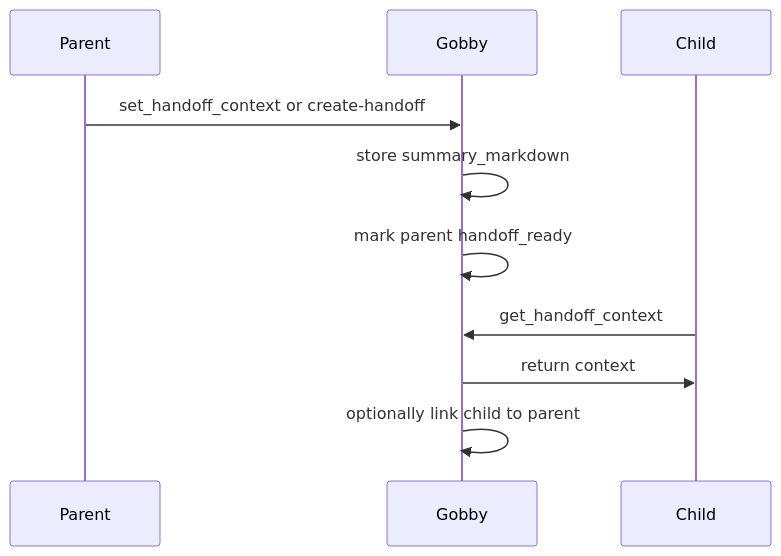
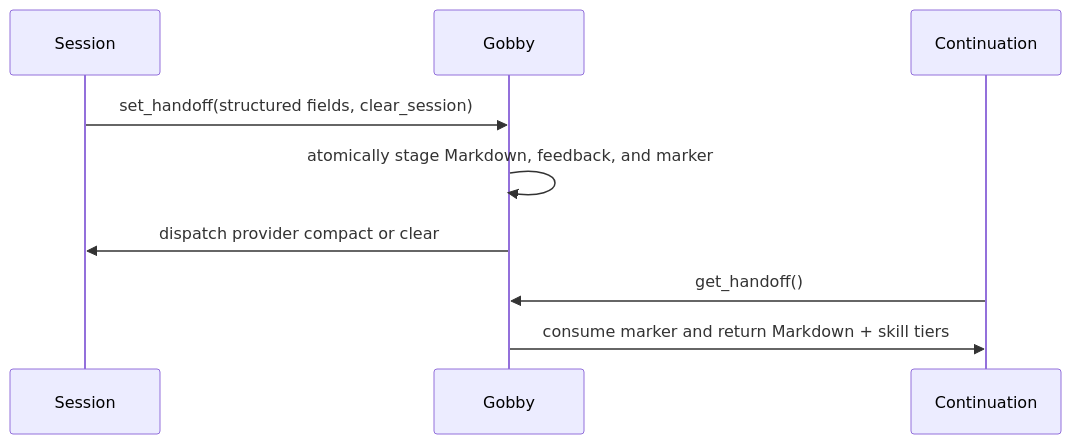
Before and after one commit to GobbyAI/gobby: the second of 2 diagrams in docs/guides/sessions.md, drawn with Mermaid. The commit also changed other lines of this file and 215 other files, not shown here.

Commit message:
[gobby-#21140] feat: add structured session handoffs

````diff
--- a/docs/guides/sessions.md
+++ b/docs/guides/sessions.md
@@ -316,13 +319,12 @@
 ```mermaid
 sequenceDiagram
-    participant Parent
+    participant Session
     participant Gobby
-    participant Child
+    participant Continuation
 
-    Parent->>Gobby: set_handoff_context or create-handoff
-    Gobby->>Gobby: store summary_markdown
-    Gobby->>Gobby: mark parent handoff_ready
-    Child->>Gobby: get_handoff_context
-    Gobby->>Child: return context
-    Gobby->>Gobby: optionally link child to parent
+    Session->>Gobby: set_handoff(structured fields, clear_session)
+    Gobby->>Gobby: atomically stage Markdown, feedback, and marker
+    Gobby->>Session: dispatch provider compact or clear
+    Continuation->>Gobby: get_handoff()
+    Gobby->>Continuation: consume marker and return Markdown + skill tiers
 ```
````
